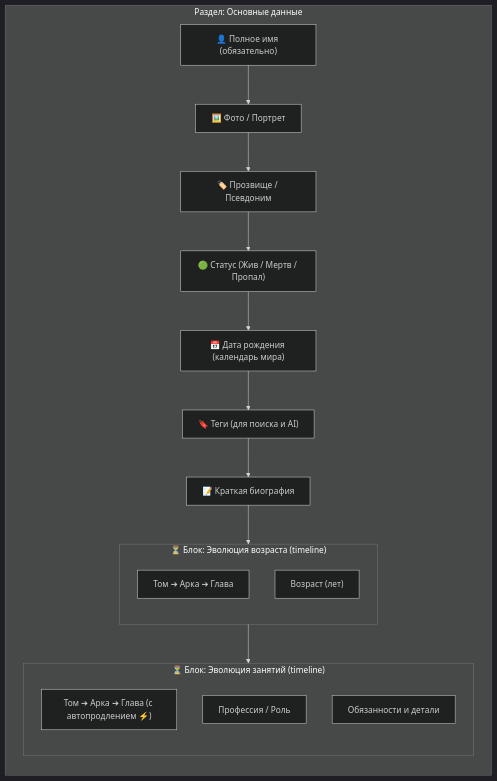
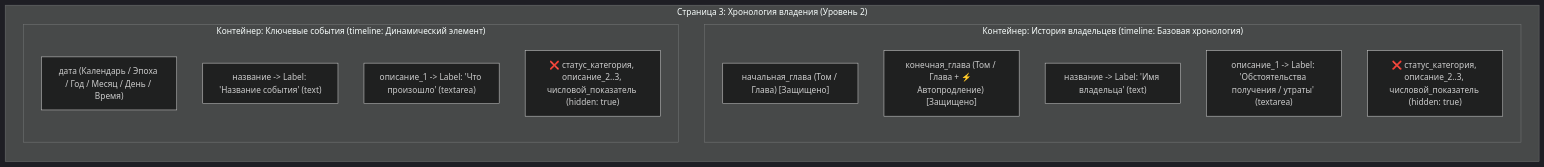
The second of 2 diagrams in apps/spa/public/skills/Конструктор_типов_сущностей.md (nagisokyn-prog/WorldWiki), drawn with Mermaid (dark theme) before and after one commit. The commit also changed other lines of this file and 28 other files, not shown here.

Commit message:
feat: implement manuscript point picker and entity link selector with new database schemas and tests

````diff
--- a/apps/spa/public/skills/Конструктор_типов_сущностей.md
+++ b/apps/spa/public/skills/Конструктор_типов_сущностей.md
@@ -230,28 +166,23 @@
 ```mermaid
-flowchart TD
-    subgraph Page_Main ["Раздел: Основные данные"]
+graph TD
+    subgraph Page_Timeline ["Страница 3: Хронология владения (Уровень 2)"]
         direction TB
-        F1["👤 Полное имя (обязательно)"]
-        F2["🖼️ Фото / Портрет"]
-        F3["🏷️ Прозвище / Псевдоним"]
-        F4["🟢 Статус (Жив / Мертв / Пропал)"]
-        F5["📅 Дата рождения (календарь мира)"]
-        F6["🔖 Теги (для поиска и AI)"]
-        F7["📝 Краткая биография"]
         
-        subgraph Dyn_Age ["⏳ Блок: Эволюция возраста (timeline)"]
+        subgraph Dyn_Owners ["Контейнер: История владельцев (timeline: Базовая хронология)"]
             direction TB
-            A1["Том ➔ Арка ➔ Глава"]
-            A2["Возраст (лет)"]
+            O1["начальная_глава (Том / Глава) [Защищено]"]
+            O2["конечная_глава (Том / Глава + ⚡ Автопродление) [Защищено]"]
+            O3["название -> Label: 'Имя владельца' (text)"]
+            O4["описание_1 -> Label: 'Обстоятельства получения / утраты' (textarea)"]
+            O5["❌ статус_категория, описание_2..3, числовой_показатель (hidden: true)"]
         end
 
-        subgraph Dyn_Jobs ["⏳ Блок: Эволюция занятий (timeline)"]
+        subgraph Dyn_Events ["Контейнер: Ключевые события (timeline: Динамический элемент)"]
             direction TB
-            J1["Том ➔ Арка ➔ Глава (с автопродлением ⚡)"]
-            J2["Профессия / Роль"]
-            J3["Обязанности и детали"]
+            E1["дата (Календарь / Эпоха / Год / Месяц / День / Время)"]
+            E2["название -> Label: 'Название события' (text)"]
+            E3["описание_1 -> Label: 'Что произошло' (textarea)"]
+            E4["❌ статус_категория, описание_2..3, числовой_показатель (hidden: true)"]
         end
-
-        F1 --> F2 --> F3 --> F4 --> F5 --> F6 --> F7 --> Dyn_Age --> Dyn_Jobs
     end
 ```
````
